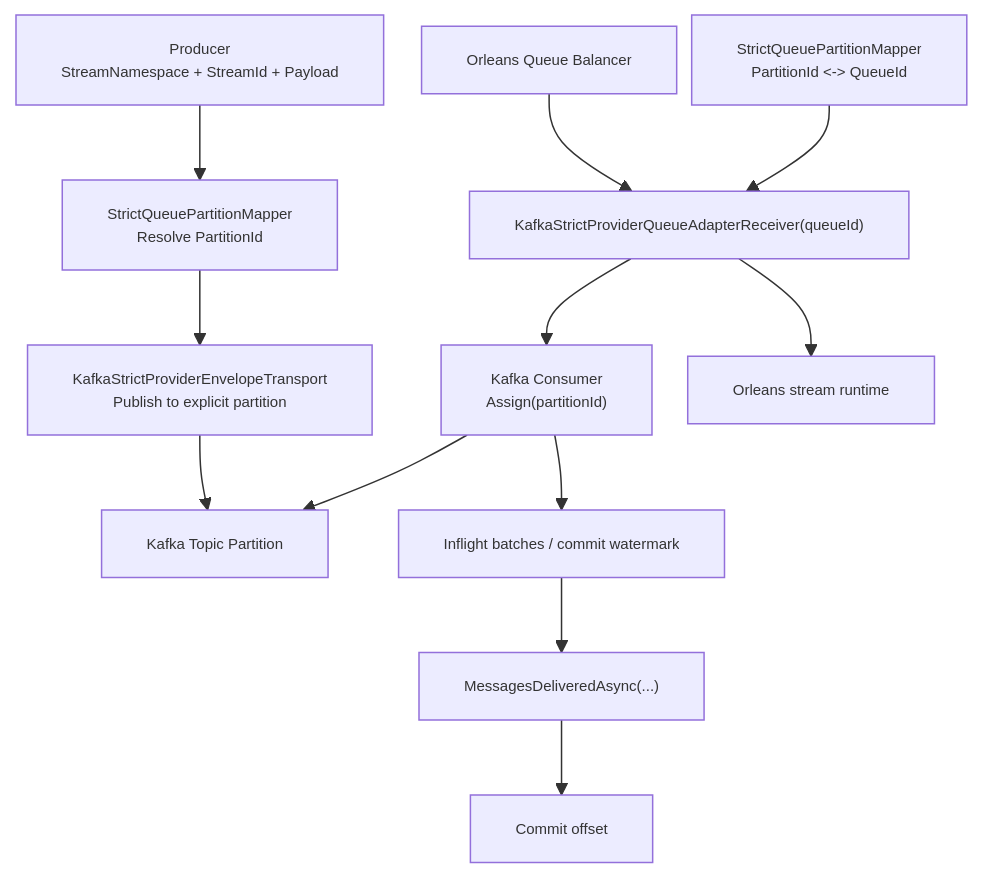
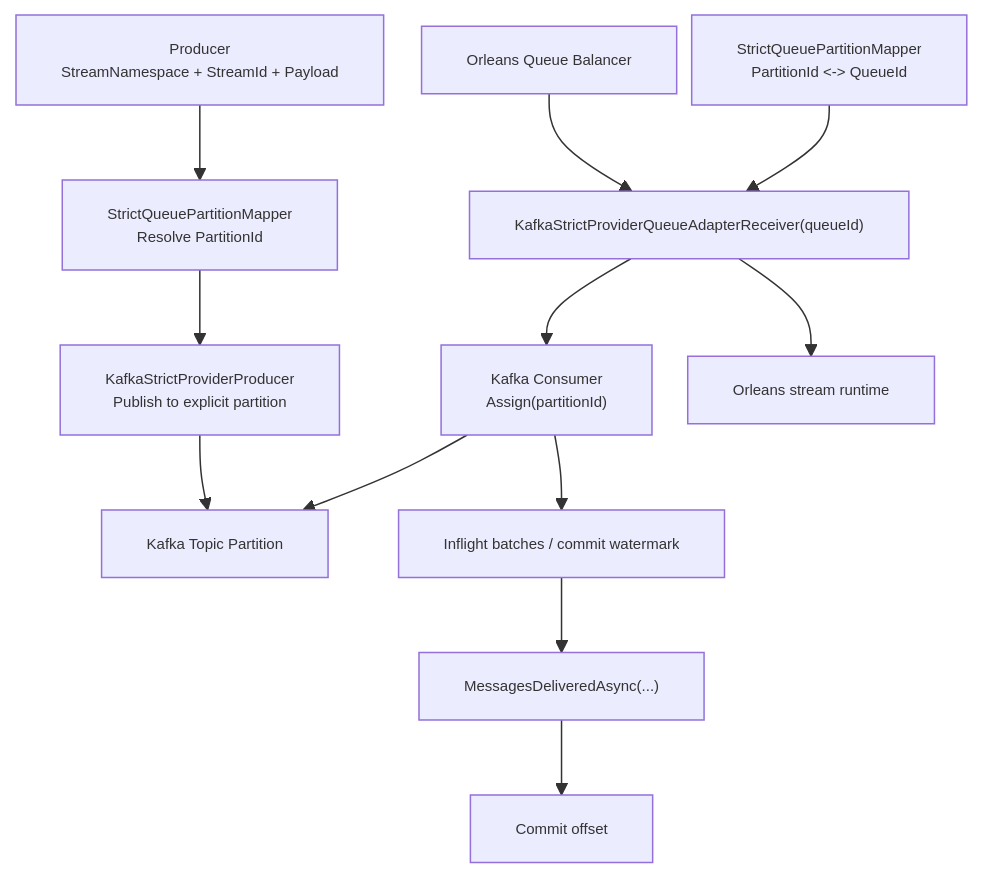
The diagram in docs/architecture/2026-03-19-kafka-partition-aware-transport-design.md (aevatarAI/aevatar), drawn with Mermaid before and after one commit. The commit also changed other lines of this file and 17 other files, not shown here.

Commit message:
Polish Kafka strict provider backend cleanup

````diff
--- a/docs/architecture/2026-03-19-kafka-partition-aware-transport-design.md
+++ b/docs/architecture/2026-03-19-kafka-partition-aware-transport-design.md
@@ -35,24 +35,24 @@
 ```mermaid
 %%{init: {"maxTextSize": 100000, "flowchart": {"useMaxWidth": false, "nodeSpacing": 10, "rankSpacing": 50}, "themeVariables": {"fontSize": "10px"}}}%%
 flowchart TB
     A1["Producer<br/>StreamNamespace + StreamId + Payload"]
     A2["StrictQueuePartitionMapper<br/>Resolve PartitionId"]
-    A3["KafkaStrictProviderEnvelopeTransport<br/>Publish to explicit partition"]
+    A3["KafkaStrictProviderProducer<br/>Publish to explicit partition"]
     A4["Kafka Topic Partition"]
 
     B1["Orleans Queue Balancer"]
     B2["StrictQueuePartitionMapper<br/>PartitionId <-> QueueId"]
     B3["KafkaStrictProviderQueueAdapterReceiver(queueId)"]
     B4["Kafka Consumer<br/>Assign(partitionId)"]
     B5["Inflight batches / commit watermark"]
     B6["MessagesDeliveredAsync(...)"]
     B7["Commit offset"]
     B8["Orleans stream runtime"]
 
     A1 --> A2 --> A3 --> A4
     B1 --> B3
     B2 --> B3
     B3 --> B4 --> A4
     B4 --> B5 --> B6 --> B7
     B3 --> B8
 ```
````
